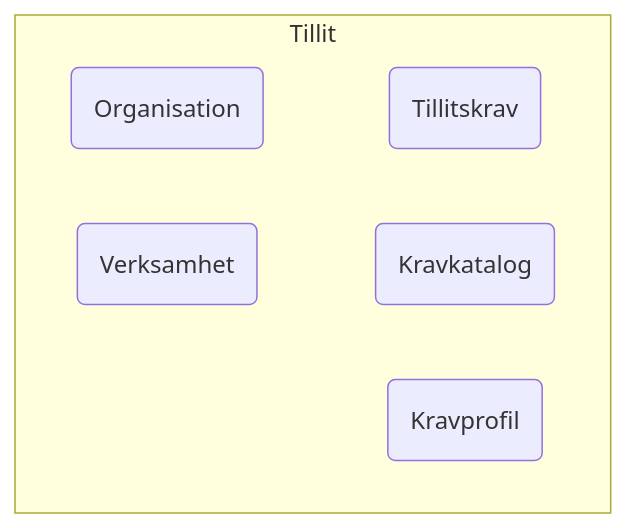
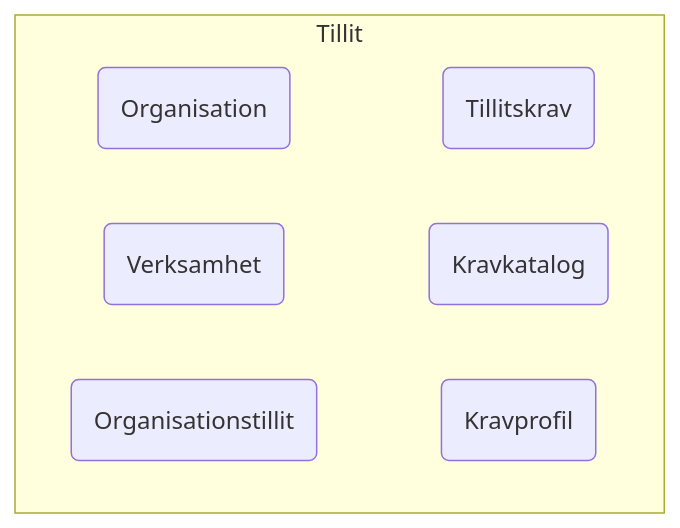
Before and after one commit to diggsweden/ena-authorization: the ninth of 13 diagrams in architecture/drafts/IAM_TargetArchitecture_Sweden.md, drawn with Mermaid. The commit also changed other lines of this file, not shown here.

````diff
--- a/architecture/drafts/IAM_TargetArchitecture_Sweden.md
+++ b/architecture/drafts/IAM_TargetArchitecture_Sweden.md
@@ -395,14 +396,18 @@
 ```mermaid
 graph TB
 subgraph t[Tillit]
     direction LR
+    
     o(Organisation)
     v(Verksamhet)
+    ot(Organisationstillit)
     k(Tillitskrav)
     kk(Kravkatalog)
     kp(Kravprofil)
+
+    %% Layout
     o  ~~~ k
     v  ~~~ kk
-    k & kk & kp
+    ot ~~~ kp
 end
 ```
````
